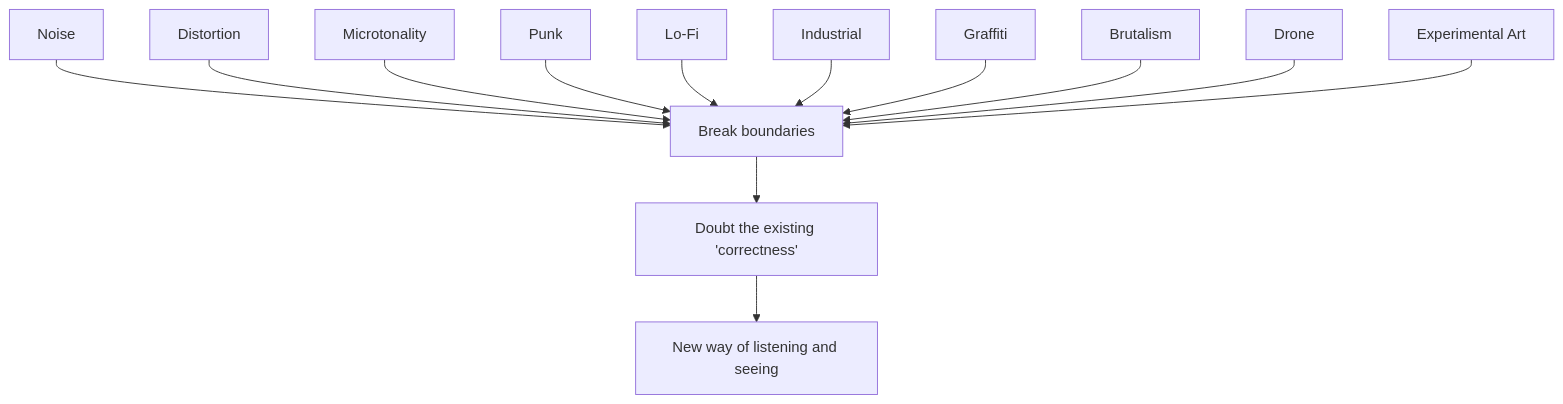
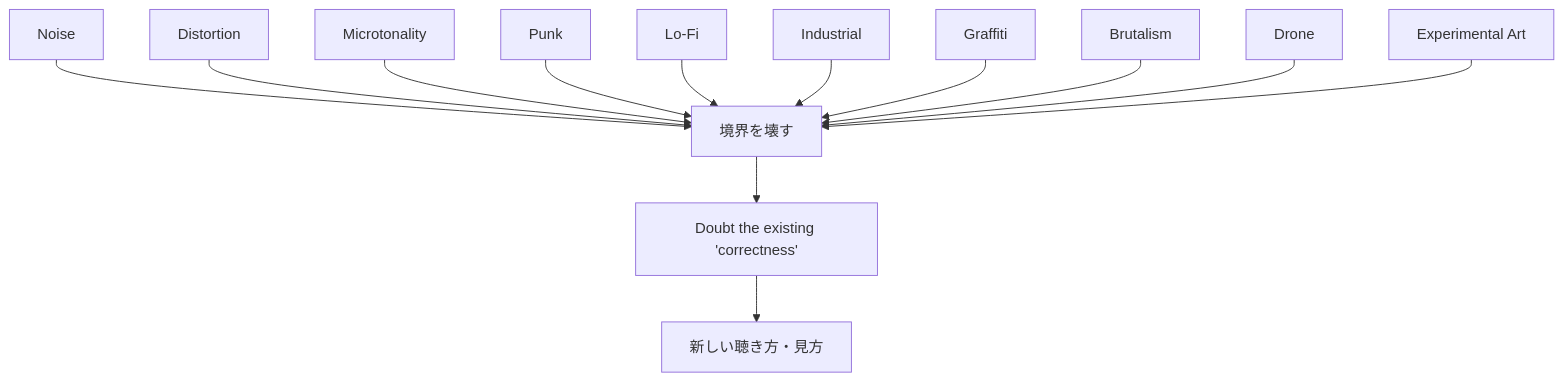
One commit to monumental-movement/monumental-movement.github.io changed the second of 3 diagrams in en/_posts/2026-08-15-column-why-humans-love-broken-things.md. Above: the diagram before and after it, drawn with Mermaid. The commit also changed other lines of this file and 2196 other files, not shown here.

```diff
--- a/en/_posts/2026-08-15-column-why-humans-love-broken-things.md
+++ b/en/_posts/2026-08-15-column-why-humans-love-broken-things.md
@@ -1355,15 +1354,15 @@
 <div class="mermaid">
 flowchart TD
-    A["Noise"] --> X["Break boundaries"]
+    A["Noise"] --> X["境界を壊す"]
     B["Distortion"] --> X
     C["Microtonality"] --> X
     D["Punk"] --> X
     E["Lo-Fi"] --> X
     F["Industrial"] --> X
     G["Graffiti"] --> X
     H["Brutalism"] --> X
     I["Drone"] --> X
     J["Experimental Art"] --> X
     X --> Y["Doubt the existing 'correctness'"]
-    Y --> Z["New way of listening and seeing"]
+    Y --> Z["新しい聴き方・見方"]
 </div>
```
